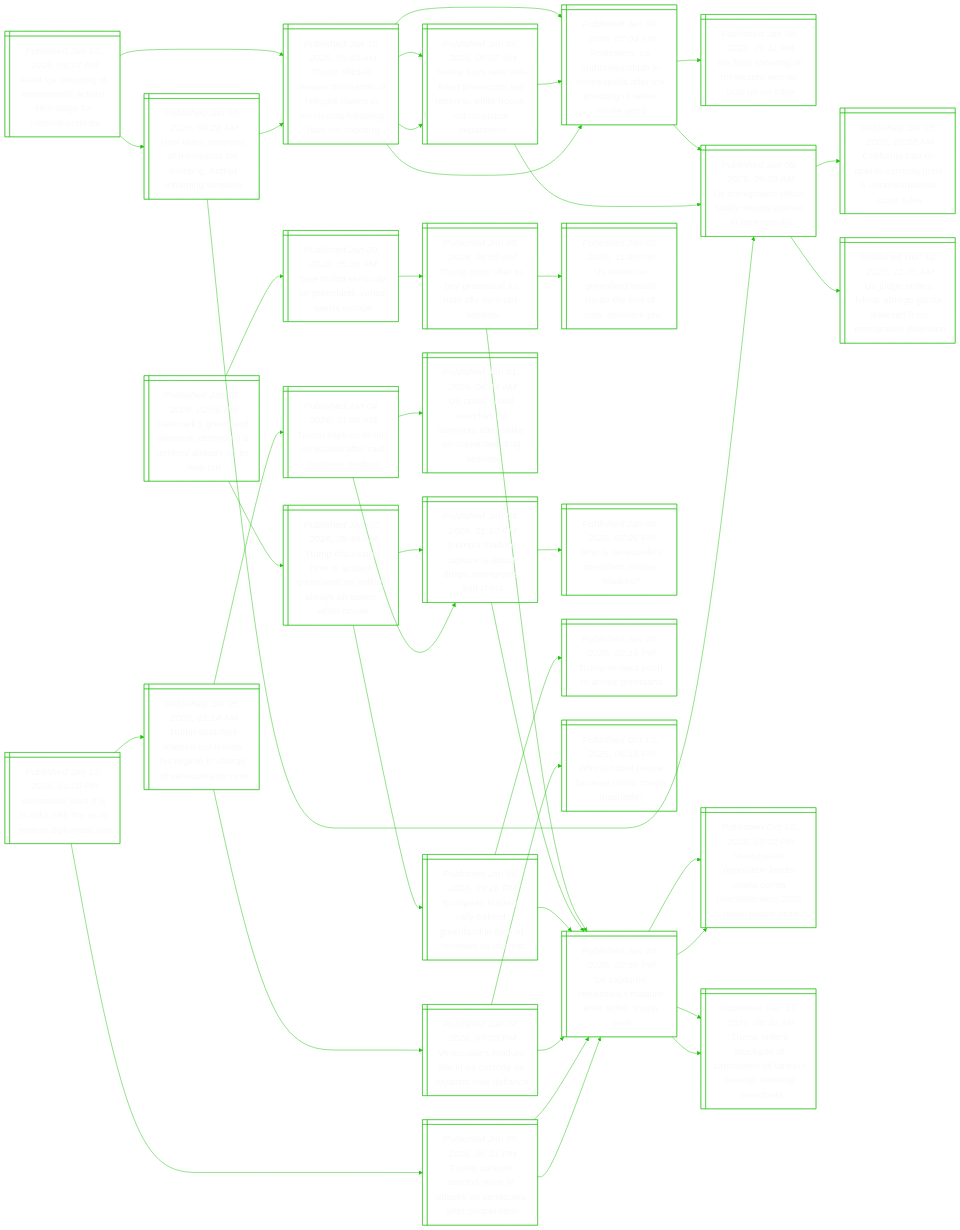
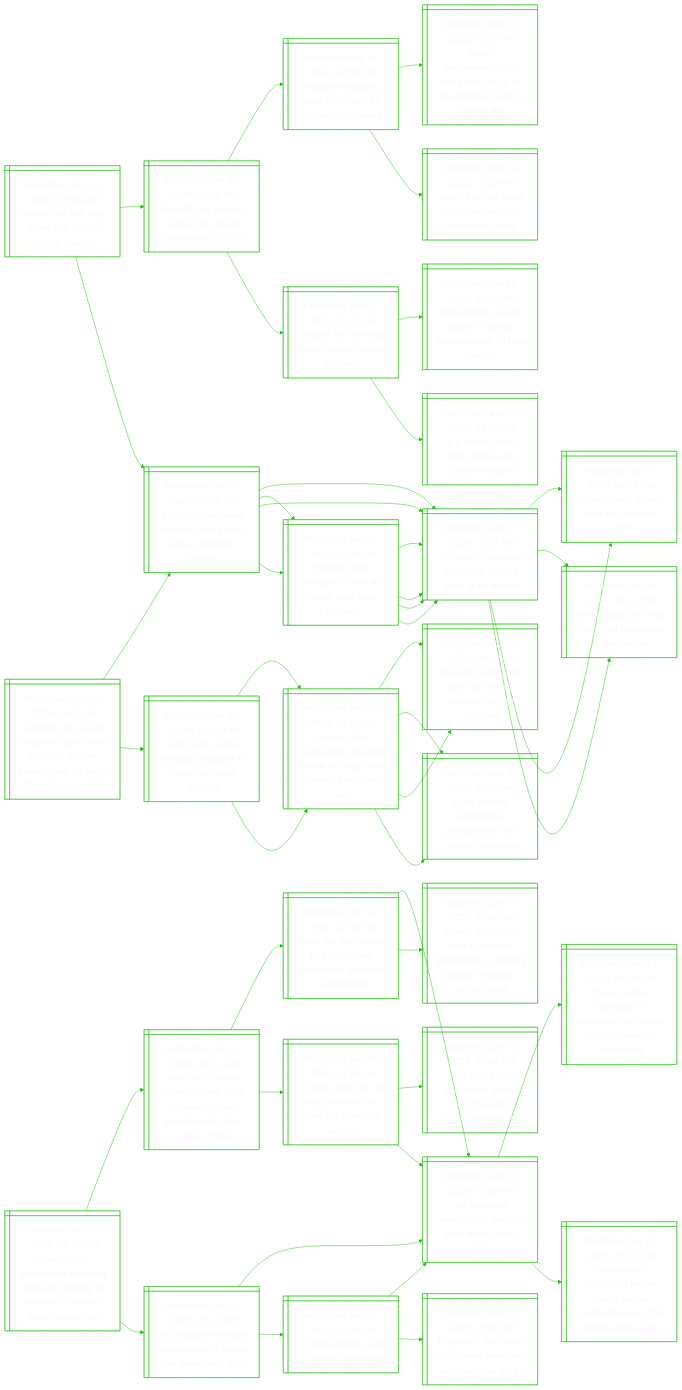
One commit to notJmes/notJmes changed the diagram in README.md. Above: the diagram before and after it, drawn with Mermaid. The commit also changed other lines of this file, not shown here.

````diff
--- a/README.md
+++ b/README.md
@@ -16,133 +16,142 @@
 flowchart LR
 classDef txtsize font-size:20px;
 
-FIognocsseaat@{ shape: win-pane, label: "_Published Jan 10, 2026, 03:27 PM_
-Fatal ice shooting of minneapolis activist sets stage for national protests" }
-ToietafganefwaCo@{ shape: win-pane, label: "_Published Jan 10, 2026, 09:40 AM_
-Trump officials reopen thousands of refugee claims in minnesota following fatal ice shooting" }
-PsUhiaMasrhneiG@{ shape: win-pane, label: "_Published Jan 09, 2026, 07:04 AM_
-Protesters, us authorities clash in minneapolis after ice shooting of renee nicole good" }
-Itogntase@{ shape: win-pane, label: "_Published Jan 08, 2026, 06:11 PM_
-Ice fatal shooting of minnesota woman puts us on edge" }
-UiifflomMas@{ shape: win-pane, label: "_Published Jan 08, 2026, 06:35 AM_
-Us immigration officer fatally shoots woman in minneapolis" }
-VseiderrtiutsDt@{ shape: win-pane, label: "_Published Jan 09, 2026, 08:07 AM_
-Vance says new anti-fraud prosecutor will report to white house, not us justice department" }
-UiifflomMas@{ shape: win-pane, label: "_Published Jan 08, 2026, 06:35 AM_
-Us immigration officer fatally shoots woman in minneapolis" }
-PsUhiaMasrhneiG@{ shape: win-pane, label: "_Published Jan 09, 2026, 07:04 AM_
-Protesters, us authorities clash in minneapolis after ice shooting of renee nicole good" }
-Ndeonahntnins@{ shape: win-pane, label: "_Published Jan 10, 2026, 09:28 AM_
-New video emerges of minnesota ice shooting, further inflaming tensions" }
-UiifflomMas@{ shape: win-pane, label: "_Published Jan 08, 2026, 06:35 AM_
-Us immigration officer fatally shoots woman in minneapolis" }
-Coboyyuustlts@{ shape: win-pane, label: "_Published Jan 03, 2026, 10:23 AM_
-California ban on openly carrying guns is unconstitutional, court rules" }
-UgelbGaarmtei@{ shape: win-pane, label: "_Published Dec 12, 2025, 12:45 AM_
-Us judge orders kilmar abrego garcia released from immigration detention" }
-ToietafganefwaCo@{ shape: win-pane, label: "_Published Jan 10, 2026, 09:40 AM_
-Trump officials reopen thousands of refugee claims in minnesota following fatal ice shooting" }
-PsUhiaMasrhneiG@{ shape: win-pane, label: "_Published Jan 09, 2026, 07:04 AM_
-Protesters, us authorities clash in minneapolis after ice shooting of renee nicole good" }
-VseiderrtiutsDt@{ shape: win-pane, label: "_Published Jan 09, 2026, 08:07 AM_
-Vance says new anti-fraud prosecutor will report to white house, not us justice department" }
+Aahatttoo@{ shape: win-pane, label: "_Published Jan 10, 2026, 06:45 PM_
+Ankara city hall says water cuts due to ‘record drought’" }
+SskehdritEe@{ shape: win-pane, label: "_Published Jan 09, 2026, 02:35 PM_
+Storms spark travel mayhem and power cuts in northern europe" }
+Eesscadlpi@{ shape: win-pane, label: "_Published Jan 07, 2026, 07:16 PM_
+Europe faces transport chaos as deadly cold snap persists" }
+SaerdadgEe@{ shape: win-pane, label: "_Published Jan 07, 2026, 02:11 AM_
+Six dead in weather accidents as cold snap grips europe" }
+SaerdadgEe@{ shape: win-pane, label: "_Published Jan 07, 2026, 02:11 AM_
+Six dead in weather accidents as cold snap grips europe" }
+SaerdadgEe@{ shape: win-pane, label: "_Published Jan 07, 2026, 02:11 AM_
+Six dead in weather accidents as cold snap grips europe" }
+Knodnipssa@{ shape: win-pane, label: "_Published Jan 06, 2026, 11:21 PM_
+Klm running out of de-icing fluid for planes in amsterdam" }
+Nyhsrcn@{ shape: win-pane, label: "_Published Jan 07, 2026, 06:24 PM_
+Norway sees hottest year on record in 2025" }
+Etoseehei@{ shape: win-pane, label: "_Published Jan 09, 2026, 04:30 PM_
+Experts say oceans soaked up record heat levels in 2025" }
+Ostamnalo@{ shape: win-pane, label: "_Published Jun 02, 2025, 01:21 PM_
+Oceans feel the heat from human climate pollution" }
+Ituwofoei@{ shape: win-pane, label: "_Published Jun 02, 2025, 11:53 AM_
+In a hotter future, what comes after coral reefs die?" }
+Rrsdmemthwr@{ shape: win-pane, label: "_Published Jan 12, 2023, 10:16 AM_
+Researchers sound alarm as ocean temperatures hit new record" }
+Rdhetrcei@{ shape: win-pane, label: "_Published Mar 06, 2024, 02:53 PM_
+Record-smashing heat in the world’s oceans, explained" }
+Bbesdrcted@{ shape: win-pane, label: "_Published Mar 06, 2024, 12:28 PM_
+Birds, beetles, bugs could help replace pesticides: study" }
+Mnnasvunosnht@{ shape: win-pane, label: "_Published Mar 05, 2024, 03:10 PM_
+Many environmentalists don’t vote, but a us non-profit is trying to change that" }
 
-FIognocsseaat:::txtsize --> ToietafganefwaCo:::txtsize
-ToietafganefwaCo:::txtsize --> PsUhiaMasrhneiG:::txtsize
-PsUhiaMasrhneiG:::txtsize --> Itogntase:::txtsize
-PsUhiaMasrhneiG:::txtsize --> UiifflomMas:::txtsize
-ToietafganefwaCo:::txtsize --> VseiderrtiutsDt:::txtsize
-VseiderrtiutsDt:::txtsize --> UiifflomMas:::txtsize
-VseiderrtiutsDt:::txtsize --> PsUhiaMasrhneiG:::txtsize
-FIognocsseaat:::txtsize --> Ndeonahntnins:::txtsize
-Ndeonahntnins:::txtsize --> UiifflomMas:::txtsize
-UiifflomMas:::txtsize --> Coboyyuustlts:::txtsize
-UiifflomMas:::txtsize --> UgelbGaarmtei:::txtsize
-Ndeonahntnins:::txtsize --> ToietafganefwaCo:::txtsize
-ToietafganefwaCo:::txtsize --> PsUhiaMasrhneiG:::txtsize
-ToietafganefwaCo:::txtsize --> VseiderrtiutsDt:::txtsize
+Aahatttoo:::txtsize --> SskehdritEe:::txtsize
+SskehdritEe:::txtsize --> Eesscadlpi:::txtsize
+Eesscadlpi:::txtsize --> SaerdadgEe:::txtsize
+Eesscadlpi:::txtsize --> SaerdadgEe:::txtsize
+SskehdritEe:::txtsize --> SaerdadgEe:::txtsize
+SaerdadgEe:::txtsize --> Knodnipssa:::txtsize
+SaerdadgEe:::txtsize --> Nyhsrcn:::txtsize
+Aahatttoo:::txtsize --> Etoseehei:::txtsize
+Etoseehei:::txtsize --> Ostamnalo:::txtsize
+Ostamnalo:::txtsize --> Ituwofoei:::txtsize
+Ostamnalo:::txtsize --> Rrsdmemthwr:::txtsize
+Etoseehei:::txtsize --> Rdhetrcei:::txtsize
+Rdhetrcei:::txtsize --> Bbesdrcted:::txtsize
+Rdhetrcei:::txtsize --> Mnnasvunosnht:::txtsize
 
-Dreneeieorowt@{ shape: win-pane, label: "_Published Jan 10, 2026, 02:06 PM_
-Denmark’s greenland dilemma: defending a territory already on its way out" }
-TresGlaau@{ shape: win-pane, label: "_Published Jan 09, 2026, 05:28 AM_
-Take trump seriously on greenland, vance warns europe" }
+Glpawrodidshsyey@{ shape: win-pane, label: "_Published Jan 10, 2026, 06:26 PM_
+Greenland’s parliament will bring forward meeting to discuss us threats, party leaders say" }
+UstpsdtgGlh@{ shape: win-pane, label: "_Published Jan 05, 2026, 10:15 PM_
+Us president trump is obsessed with taking over greenland. why?" }
+Trsteed@{ shape: win-pane, label: "_Published Jan 05, 2026, 02:16 PM_
+Trump renews push to annex greenland" }
+EihspGlnle@{ shape: win-pane, label: "_Published Jan 08, 2025, 09:36 PM_
+Explainer: why does trump want greenland and could he get it?" }
+UtVuMorkms@{ shape: win-pane, label: "_Published Jan 03, 2026, 02:58 PM_
+Us captured venezuela’s maduro after strike, trump says" }
+UtVuMorkms@{ shape: win-pane, label: "_Published Jan 03, 2026, 02:58 PM_
+Us captured venezuela’s maduro after strike, trump says" }
+Vuoilranhibai@{ shape: win-pane, label: "_Published Oct 10, 2025, 05:02 PM_
+Venezuelan opposition leader maria corina machado wins 2025 nobel peace prize" }
+Toskftdasitgz@{ shape: win-pane, label: "_Published Dec 17, 2025, 08:34 AM_
+Trump orders blockade of sanctioned oil tankers leaving, entering venezuela" }
+YnearantGlorin@{ shape: win-pane, label: "_Published Jan 10, 2026, 06:31 AM_
+‘you don’t defend leases’: trump says us needs to own greenland to deter russia, china" }
 TpotGlsaekh@{ shape: win-pane, label: "_Published Jan 08, 2026, 01:59 AM_
 Trump plots offer to buy greenland as nato ally denmark seethes" }
 UtVuMorkms@{ shape: win-pane, label: "_Published Jan 03, 2026, 02:58 PM_
 Us captured venezuela’s maduro after strike, trump says" }
 UaGloeefDr@{ shape: win-pane, label: "_Published Jan 05, 2026, 11:40 PM_
 Us attack on greenland would mean the end of nato: denmark pm" }
+Namgroraycn@{ shape: win-pane, label: "_Published Jan 10, 2026, 12:48 AM_
+Nato ‘far from being in a crisis’ over greenland, says top commander" }
 TdsharedlyypWH@{ shape: win-pane, label: "_Published Jan 07, 2026, 05:46 AM_
 Trump discussing how to acquire greenland; us military always an option: white house" }
-Tsrtstsgsh@{ shape: win-pane, label: "_Published Jan 04, 2026, 01:10 PM_
-Trump’s maduro capture is about drugs, immigrants and china" }
-UtVuMorkms@{ shape: win-pane, label: "_Published Jan 03, 2026, 02:58 PM_
-Us captured venezuela’s maduro after strike, trump says" }
-WVuPdisr@{ shape: win-pane, label: "_Published Jan 03, 2026, 07:25 PM_
-Who is venezuela’s president nicolas maduro?" }
-EearbdnienUe@{ shape: win-pane, label: "_Published Jan 06, 2026, 09:26 PM_
-European leaders rally behind greenland in face of renewed us interest" }
-Trsteed@{ shape: win-pane, label: "_Published Jan 05, 2026, 02:16 PM_
-Trump renews push to annex greenland" }
 UtVuMorkms@{ shape: win-pane, label: "_Published Jan 03, 2026, 02:58 PM_
 Us captured venezuela’s maduro after strike, trump says" }
 
-Dreneeieorowt:::txtsize --> TresGlaau:::txtsize
-TresGlaau:::txtsize --> TpotGlsaekh:::txtsize
+Glpawrodidshsyey:::txtsize --> UstpsdtgGlh:::txtsize
+UstpsdtgGlh:::txtsize --> Trsteed:::txtsize
+Trsteed:::txtsize --> EihspGlnle:::txtsize
+Trsteed:::txtsize --> UtVuMorkms:::txtsize
+UstpsdtgGlh:::txtsize --> UtVuMorkms:::txtsize
+UtVuMorkms:::txtsize --> Vuoilranhibai:::txtsize
+UtVuMorkms:::txtsize --> Toskftdasitgz:::txtsize
+Glpawrodidshsyey:::txtsize --> YnearantGlorin:::txtsize
+YnearantGlorin:::txtsize --> TpotGlsaekh:::txtsize
 TpotGlsaekh:::txtsize --> UtVuMorkms:::txtsize
 TpotGlsaekh:::txtsize --> UaGloeefDr:::txtsize
-Dreneeieorowt:::txtsize --> TdsharedlyypWH:::txtsize
-TdsharedlyypWH:::txtsize --> Tsrtstsgsh:::txtsize
-Tsrtstsgsh:::txtsize --> UtVuMorkms:::txtsize
-Tsrtstsgsh:::txtsize --> WVuPdisr:::txtsize
-TdsharedlyypWH:::txtsize --> EearbdnienUe:::txtsize
-EearbdnienUe:::txtsize --> Trsteed:::txtsize
-EearbdnienUe:::txtsize --> UtVuMorkms:::txtsize
+YnearantGlorin:::txtsize --> Namgroraycn:::txtsize
+Namgroraycn:::txtsize --> TdsharedlyypWH:::txtsize
+Namgroraycn:::txtsize --> UtVuMorkms:::txtsize
 
-Vuaiaierrlis@{ shape: win-pane, label: "_Published Jan 10, 2026, 01:00 PM_
-Venezuela says it is in talks with the us to restore diplomatic ties" }
-Tshduvsmhoeao@{ shape: win-pane, label: "_Published Jan 05, 2026, 01:14 AM_
-Trump snatches maduro but leaves his regime in charge of venezuela for now" }
-TsSnzaraeu@{ shape: win-pane, label: "_Published Jan 04, 2026, 01:05 AM_
-Trump says us to run venezuela after raid captures maduro" }
-Usrrfrreiscrs@{ shape: win-pane, label: "_Published Jan 01, 2026, 06:44 AM_
-Us coast guard searches for survivors after strike on suspected drug vessels" }
-Tsrtstsgsh@{ shape: win-pane, label: "_Published Jan 04, 2026, 01:10 PM_
-Trump’s maduro capture is about drugs, immigrants and china" }
-VuMoiuyytdn@{ shape: win-pane, label: "_Published Jan 04, 2026, 07:03 PM_
-Venezuela’s maduro sits in us custody as loyalists vow defiance" }
-UtVuMorkms@{ shape: win-pane, label: "_Published Jan 03, 2026, 02:58 PM_
-Us captured venezuela’s maduro after strike, trump says" }
-WNPlarrao@{ shape: win-pane, label: "_Published Oct 10, 2025, 06:18 PM_
-Who is nobel peace laureate maria corina machado?" }
-Tclovtsnlepi@{ shape: win-pane, label: "_Published Jan 09, 2026, 06:31 PM_
-Trump cancels second wave of attacks on venezuela after cooperation" }
-UtVuMorkms@{ shape: win-pane, label: "_Published Jan 03, 2026, 02:58 PM_
-Us captured venezuela’s maduro after strike, trump says" }
-Vuoilranhibai@{ shape: win-pane, label: "_Published Oct 10, 2025, 05:02 PM_
-Venezuelan opposition leader maria corina machado wins 2025 nobel peace prize" }
-Toskftdasitgz@{ shape: win-pane, label: "_Published Dec 17, 2025, 08:34 AM_
-Trump orders blockade of sanctioned oil tankers leaving, entering venezuela" }
-UtVuMorkms@{ shape: win-pane, label: "_Published Jan 03, 2026, 02:58 PM_
-Us captured venezuela’s maduro after strike, trump says" }
-Vuoilranhibai@{ shape: win-pane, label: "_Published Oct 10, 2025, 05:02 PM_
-Venezuelan opposition leader maria corina machado wins 2025 nobel peace prize" }
-Toskftdasitgz@{ shape: win-pane, label: "_Published Dec 17, 2025, 08:34 AM_
-Trump orders blockade of sanctioned oil tankers leaving, entering venezuela" }
+GnRagrnwuetttrai@{ shape: win-pane, label: "_Published Jan 10, 2026, 06:11 PM_
+Governor of russia’s belgorod region says 600,000 without power, heat, or water after ukrainian strike" }
+KarrnisaRac@{ shape: win-pane, label: "_Published Jan 09, 2026, 10:59 PM_
+Kyiv mayor urges freezing residents to leave as russia attacks" }
+Rasrchiererseh@{ shape: win-pane, label: "_Published Jan 09, 2026, 03:56 PM_
+Russia fires hypersonic oreshnik missile at target near ukraine’s border with nato" }
+Ppeatrcnswn@{ shape: win-pane, label: "_Published Nov 05, 2025, 04:52 AM_
+Putin praises capabilities, prospects of new russian weapons" }
+Rarnksdpeue@{ shape: win-pane, label: "_Published Nov 25, 2025, 04:43 PM_
+Russian barrage on kyiv kills seven, disrupts energy supplies" }
+Rasrchiererseh@{ shape: win-pane, label: "_Published Jan 09, 2026, 03:56 PM_
+Russia fires hypersonic oreshnik missile at target near ukraine’s border with nato" }
+Ppeatrcnswn@{ shape: win-pane, label: "_Published Nov 05, 2025, 04:52 AM_
+Putin praises capabilities, prospects of new russian weapons" }
+Rarnksdpeue@{ shape: win-pane, label: "_Published Nov 25, 2025, 04:43 PM_
+Russian barrage on kyiv kills seven, disrupts energy supplies" }
+SskehdritEe@{ shape: win-pane, label: "_Published Jan 09, 2026, 02:35 PM_
+Storms spark travel mayhem and power cuts in northern europe" }
+Eesscadlpi@{ shape: win-pane, label: "_Published Jan 07, 2026, 07:16 PM_
+Europe faces transport chaos as deadly cold snap persists" }
+SaerdadgEe@{ shape: win-pane, label: "_Published Jan 07, 2026, 02:11 AM_
+Six dead in weather accidents as cold snap grips europe" }
+SaerdadgEe@{ shape: win-pane, label: "_Published Jan 07, 2026, 02:11 AM_
+Six dead in weather accidents as cold snap grips europe" }
+SaerdadgEe@{ shape: win-pane, label: "_Published Jan 07, 2026, 02:11 AM_
+Six dead in weather accidents as cold snap grips europe" }
+Knodnipssa@{ shape: win-pane, label: "_Published Jan 06, 2026, 11:21 PM_
+Klm running out of de-icing fluid for planes in amsterdam" }
+Nyhsrcn@{ shape: win-pane, label: "_Published Jan 07, 2026, 06:24 PM_
+Norway sees hottest year on record in 2025" }
 
-Vuaiaierrlis:::txtsize --> Tshduvsmhoeao:::txtsize
-Tshduvsmhoeao:::txtsize --> TsSnzaraeu:::txtsize
-TsSnzaraeu:::txtsize --> Usrrfrreiscrs:::txtsize
-TsSnzaraeu:::txtsize --> Tsrtstsgsh:::txtsize
-Tshduvsmhoeao:::txtsize --> VuMoiuyytdn:::txtsize
-VuMoiuyytdn:::txtsize --> UtVuMorkms:::txtsize
-VuMoiuyytdn:::txtsize --> WNPlarrao:::txtsize
-Vuaiaierrlis:::txtsize --> Tclovtsnlepi:::txtsize
-Tclovtsnlepi:::txtsize --> UtVuMorkms:::txtsize
-UtVuMorkms:::txtsize --> Vuoilranhibai:::txtsize
-UtVuMorkms:::txtsize --> Toskftdasitgz:::txtsize
-Tclovtsnlepi:::txtsize --> UtVuMorkms:::txtsize
-UtVuMorkms:::txtsize --> Vuoilranhibai:::txtsize
-UtVuMorkms:::txtsize --> Toskftdasitgz:::txtsize
+GnRagrnwuetttrai:::txtsize --> KarrnisaRac:::txtsize
+KarrnisaRac:::txtsize --> Rasrchiererseh:::txtsize
+Rasrchiererseh:::txtsize --> Ppeatrcnswn:::txtsize
+Rasrchiererseh:::txtsize --> Rarnksdpeue:::txtsize
+KarrnisaRac:::txtsize --> Rasrchiererseh:::txtsize
+Rasrchiererseh:::txtsize --> Ppeatrcnswn:::txtsize
+Rasrchiererseh:::txtsize --> Rarnksdpeue:::txtsize
+GnRagrnwuetttrai:::txtsize --> SskehdritEe:::txtsize
+SskehdritEe:::txtsize --> Eesscadlpi:::txtsize
+Eesscadlpi:::txtsize --> SaerdadgEe:::txtsize
+Eesscadlpi:::txtsize --> SaerdadgEe:::txtsize
+SskehdritEe:::txtsize --> SaerdadgEe:::txtsize
+SaerdadgEe:::txtsize --> Knodnipssa:::txtsize
+SaerdadgEe:::txtsize --> Nyhsrcn:::txtsize
 
 ```
````
